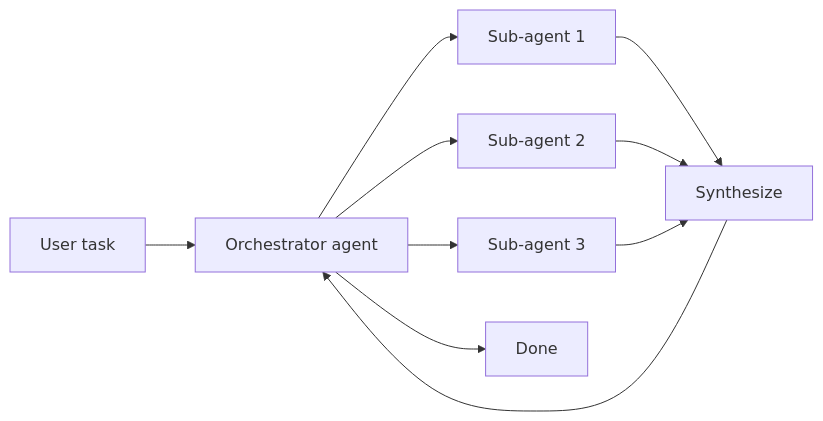
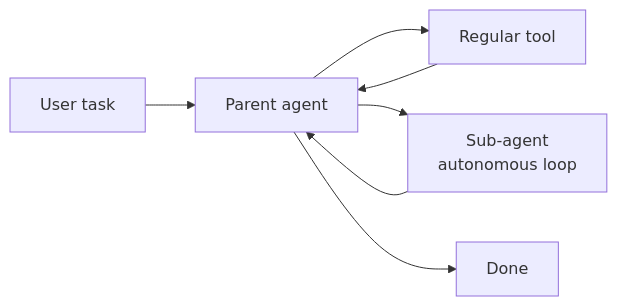
One commit to averagejoeslab/agenteng changed the tenth of 11 diagrams in README.md. Above: the diagram before and after it, drawn with Mermaid. The commit also changed other lines of this file, not shown here.

First line of the commit message:
docs(readme): align agent patterns with Anthropic; add composition section

````diff
--- a/README.md
+++ b/README.md
@@ -120,12 +132,9 @@
 ```mermaid
 flowchart LR
-    Task[User task] --> O[Orchestrator agent]
-    O --> S1[Sub-agent 1]
-    O --> S2[Sub-agent 2]
-    O --> S3[Sub-agent 3]
-    S1 --> Syn[Synthesize]
-    S2 --> Syn
-    S3 --> Syn
-    Syn --> O
-    O --> Done[Done]
+    Task[User task] --> A[Parent agent]
+    A --> T1[Regular tool]
+    A --> Sub[Sub-agent<br/>autonomous loop]
+    T1 --> A
+    Sub --> A
+    A --> Done[Done]
 ```
````
